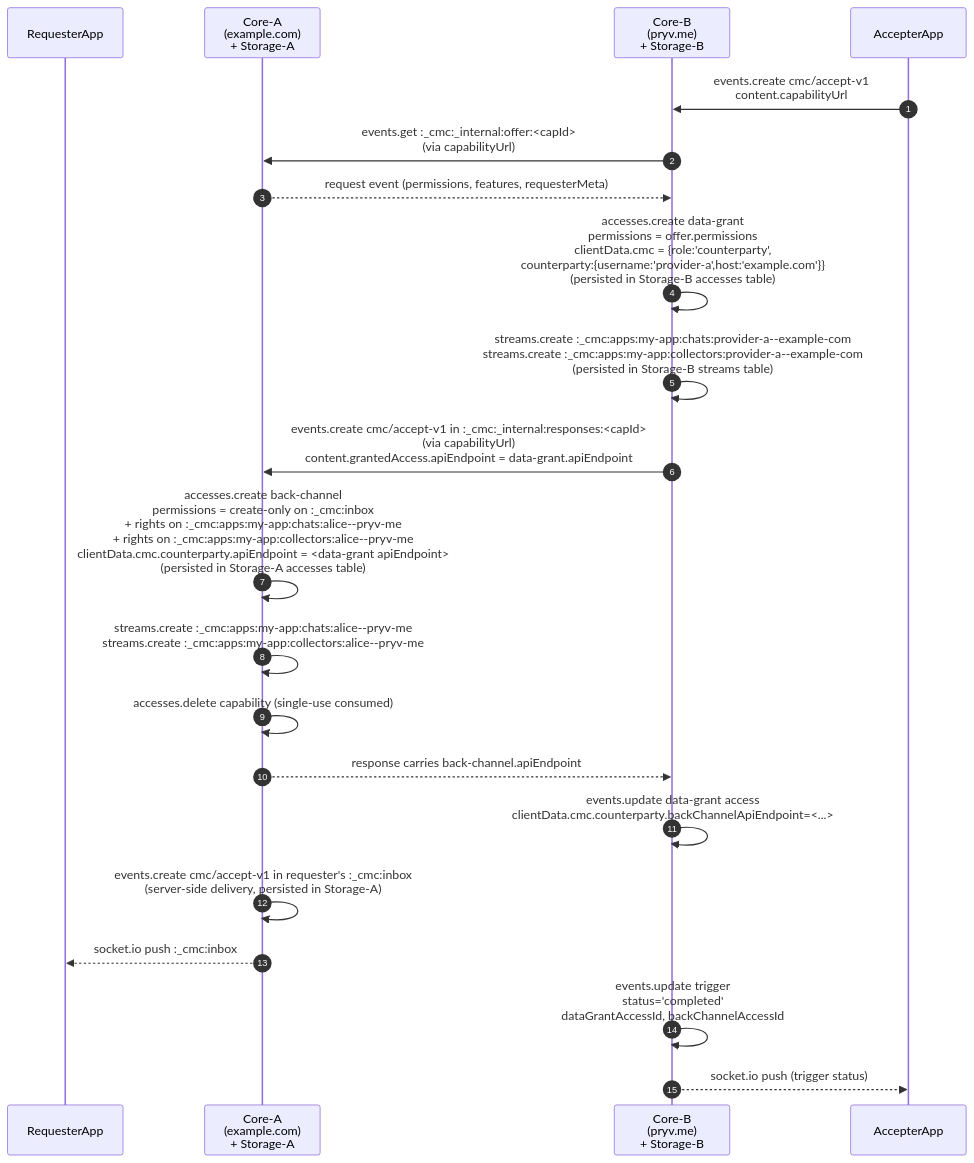
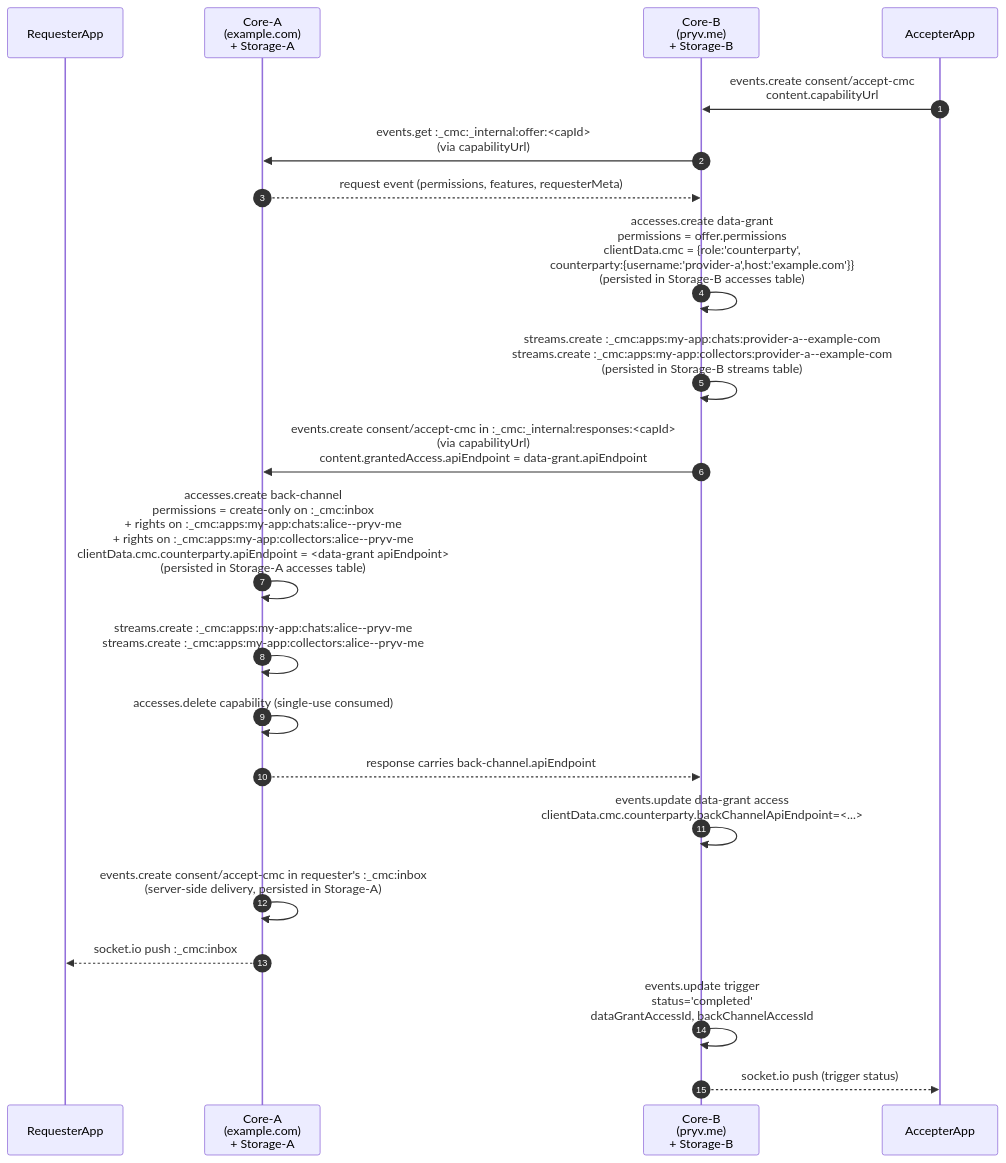
The third of 14 diagrams in components/cmc/INTERNALS.md (pryv/open-pryv.io), drawn with Mermaid before and after one commit. The commit also changed other lines of this file and 40 other files, not shown here.

````diff
--- a/components/cmc/INTERNALS.md
+++ b/components/cmc/INTERNALS.md
@@ -132,24 +132,24 @@
 ```mermaid
 sequenceDiagram
     autonumber
     participant RequesterApp
     participant CoreA as Core-A<br/>(example.com)<br/>+ Storage-A
     participant CoreB as Core-B<br/>(pryv.me)<br/>+ Storage-B
     participant AccepterApp
 
-    AccepterApp->>CoreB: events.create cmc/accept-v1<br/>content.capabilityUrl
+    AccepterApp->>CoreB: events.create consent/accept-cmc<br/>content.capabilityUrl
     CoreB->>CoreA: events.get :_cmc:_internal:offer:<capId><br/>(via capabilityUrl)
     CoreA-->>CoreB: request event (permissions, features, requesterMeta)
     CoreB->>CoreB: accesses.create data-grant<br/>permissions = offer.permissions<br/>clientData.cmc = {role:'counterparty',<br/>counterparty:{username:'provider-a',host:'example.com'}}<br/>(persisted in Storage-B accesses table)
     CoreB->>CoreB: streams.create :_cmc:apps:my-app:chats:provider-a--example-com<br/>streams.create :_cmc:apps:my-app:collectors:provider-a--example-com<br/>(persisted in Storage-B streams table)
-    CoreB->>CoreA: events.create cmc/accept-v1 in :_cmc:_internal:responses:<capId><br/>(via capabilityUrl)<br/>content.grantedAccess.apiEndpoint = data-grant.apiEndpoint
+    CoreB->>CoreA: events.create consent/accept-cmc in :_cmc:_internal:responses:<capId><br/>(via capabilityUrl)<br/>content.grantedAccess.apiEndpoint = data-grant.apiEndpoint
     CoreA->>CoreA: accesses.create back-channel<br/>permissions = create-only on :_cmc:inbox<br/>+ rights on :_cmc:apps:my-app:chats:alice--pryv-me<br/>+ rights on :_cmc:apps:my-app:collectors:alice--pryv-me<br/>clientData.cmc.counterparty.apiEndpoint = <data-grant apiEndpoint><br/>(persisted in Storage-A accesses table)
     CoreA->>CoreA: streams.create :_cmc:apps:my-app:chats:alice--pryv-me<br/>streams.create :_cmc:apps:my-app:collectors:alice--pryv-me
     CoreA->>CoreA: accesses.delete capability (single-use consumed)
     CoreA-->>CoreB: response carries back-channel.apiEndpoint
     CoreB->>CoreB: events.update data-grant access<br/>clientData.cmc.counterparty.backChannelApiEndpoint=<...>
-    CoreA->>CoreA: events.create cmc/accept-v1 in requester's :_cmc:inbox<br/>(server-side delivery, persisted in Storage-A)
+    CoreA->>CoreA: events.create consent/accept-cmc in requester's :_cmc:inbox<br/>(server-side delivery, persisted in Storage-A)
     CoreA-->>RequesterApp: socket.io push :_cmc:inbox
     CoreB->>CoreB: events.update trigger<br/>status='completed'<br/>dataGrantAccessId, backChannelAccessId
     CoreB-->>AccepterApp: socket.io push (trigger status)
 ```
````
